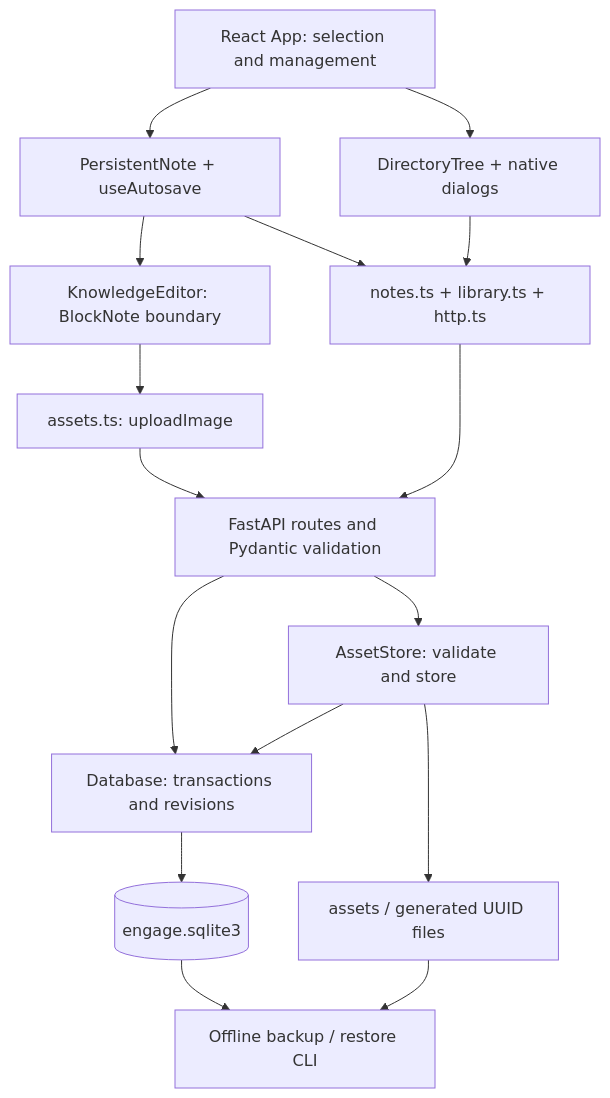
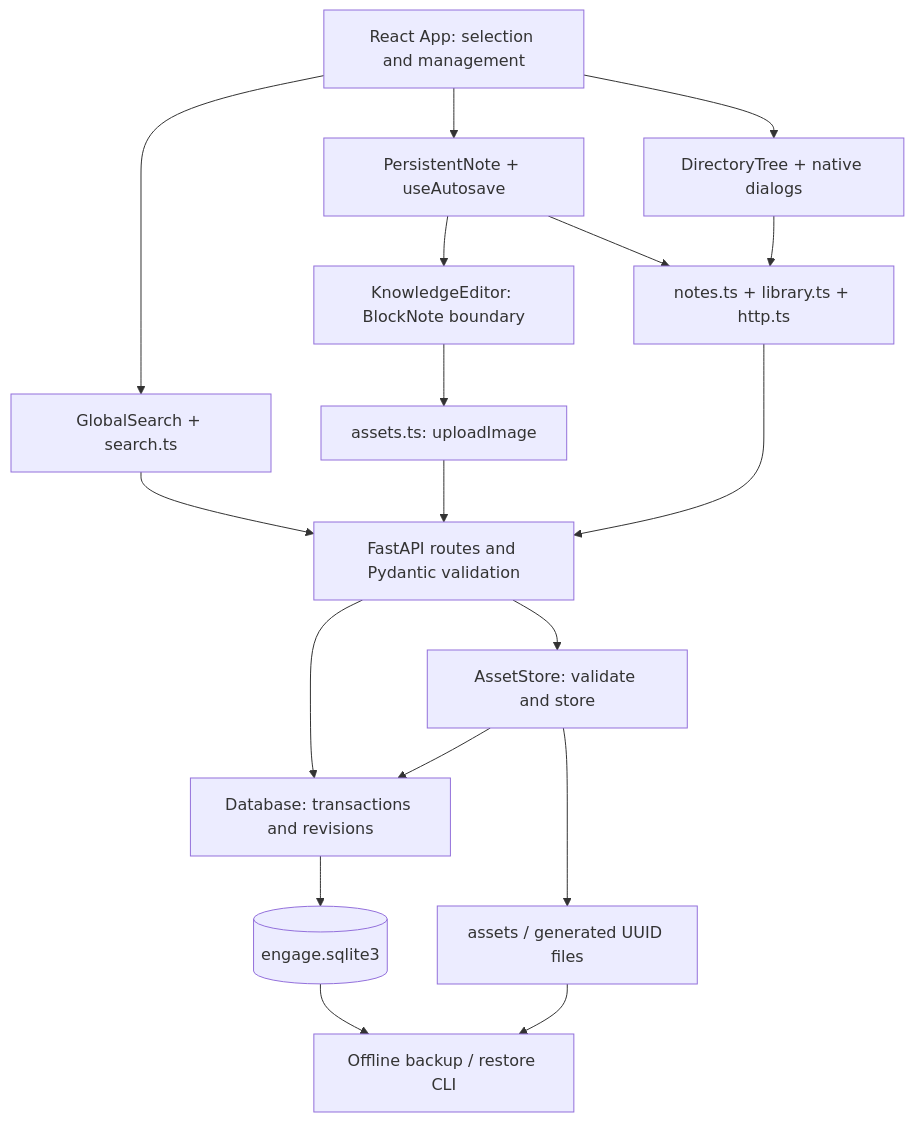
One commit to 74Cerillion/CyrNava changed the diagram in docs/architecture.md. Above: the diagram before and after it, drawn with Mermaid. The commit also changed other lines of this file and 42 other files, not shown here.

````diff
--- a/docs/architecture.md
+++ b/docs/architecture.md
@@ -5,18 +5,20 @@
 ```mermaid
 flowchart TD
   App[React App: selection and management] --> Tree[DirectoryTree + native dialogs]
   App --> Note[PersistentNote + useAutosave]
+  App --> Search[GlobalSearch + search.ts]
+  Search --> API
   Note --> Adapter[KnowledgeEditor: BlockNote boundary]
   Adapter --> Upload[assets.ts: uploadImage]
   Note --> Client[notes.ts + library.ts + http.ts]
   Tree --> Client
   Upload --> API[FastAPI routes and Pydantic validation]
   Client --> API
   API --> DB[Database: transactions and revisions]
   API --> Store[AssetStore: validate and store]
   Store --> DB
   DB --> SQLite[(engage.sqlite3)]
   Store --> Files[assets / generated UUID files]
   SQLite --> Offline[Offline backup / restore CLI]
   Files --> Offline
 ```
````
